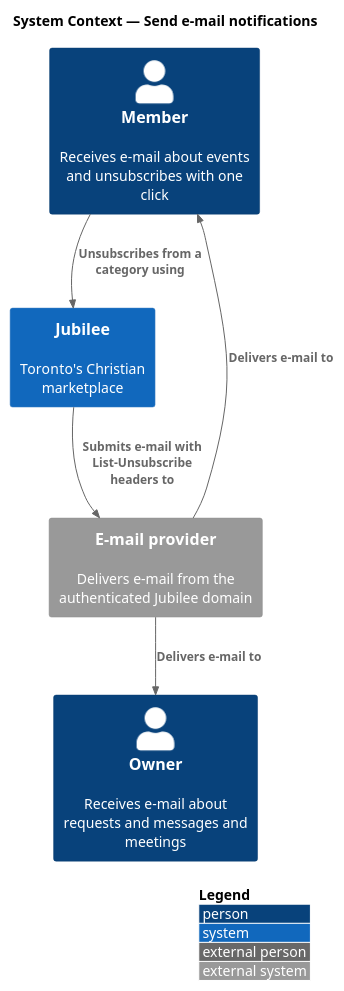
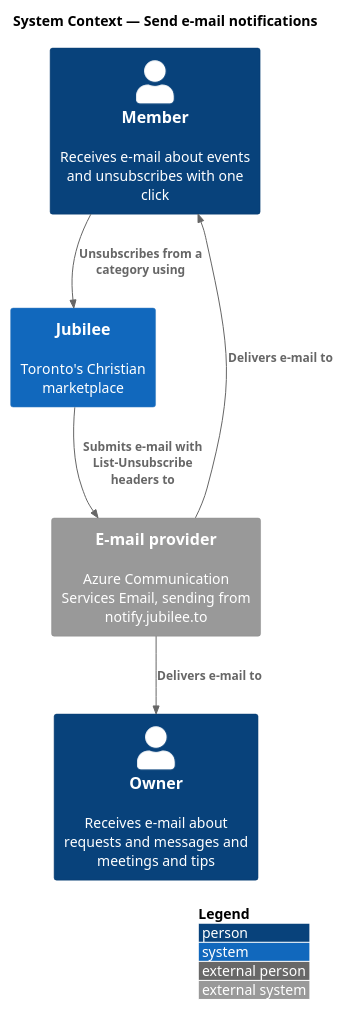
Before and after one commit to QuinntyneBrown/jubilee: the diagram in docs/detailed-designs/notifications/send-email-notifications/diagrams/c4-context.puml, drawn with PlantUML. The commit also changed 81 other files, not shown here.

```diff
--- a/docs/detailed-designs/notifications/send-email-notifications/diagrams/c4-context.puml
+++ b/docs/detailed-designs/notifications/send-email-notifications/diagrams/c4-context.puml
@@ -1,15 +1,15 @@
 @startuml
 !include <C4/C4_Context>
 LAYOUT_WITH_LEGEND()
 title System Context — Send e-mail notifications
 
 Person(member, "Member", "Receives e-mail about events and unsubscribes with one click")
-Person(owner, "Owner", "Receives e-mail about requests and messages and meetings")
+Person(owner, "Owner", "Receives e-mail about requests and messages and meetings and tips")
 System(jubilee, "Jubilee", "Toronto's Christian marketplace")
-System_Ext(email, "E-mail provider", "Delivers e-mail from the authenticated Jubilee domain")
+System_Ext(email, "E-mail provider", "Azure Communication Services Email, sending from notify.jubilee.to")
 
 Rel(jubilee, email, "Submits e-mail with List-Unsubscribe headers to")
 Rel(email, member, "Delivers e-mail to")
 Rel(email, owner, "Delivers e-mail to")
 Rel(member, jubilee, "Unsubscribes from a category using")
 @enduml
```
